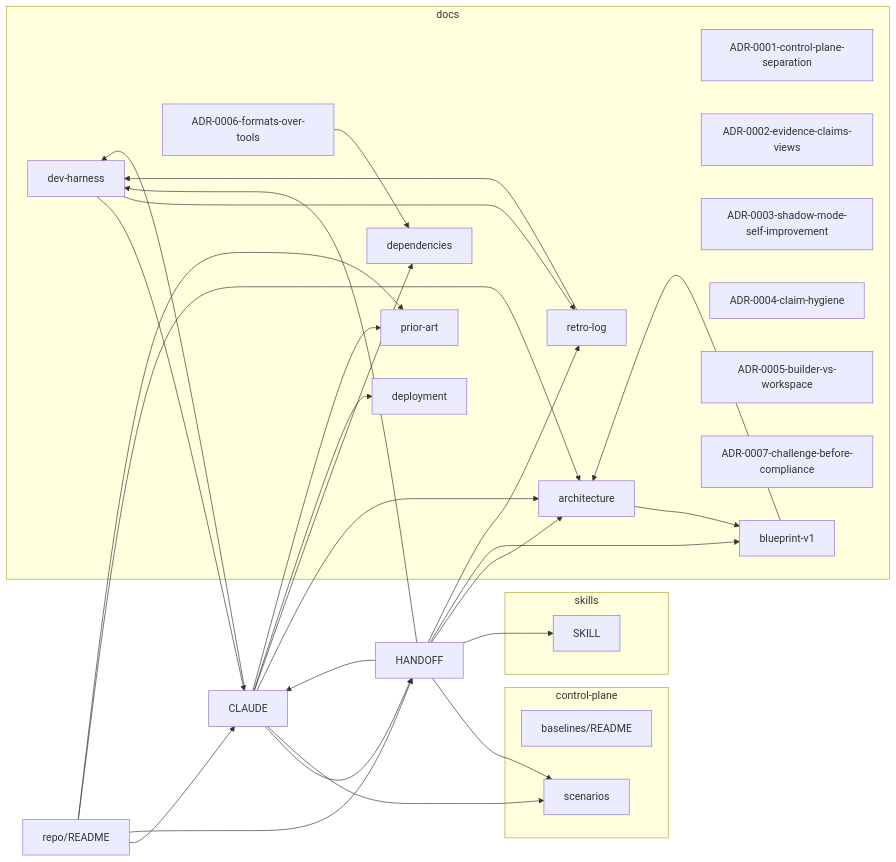
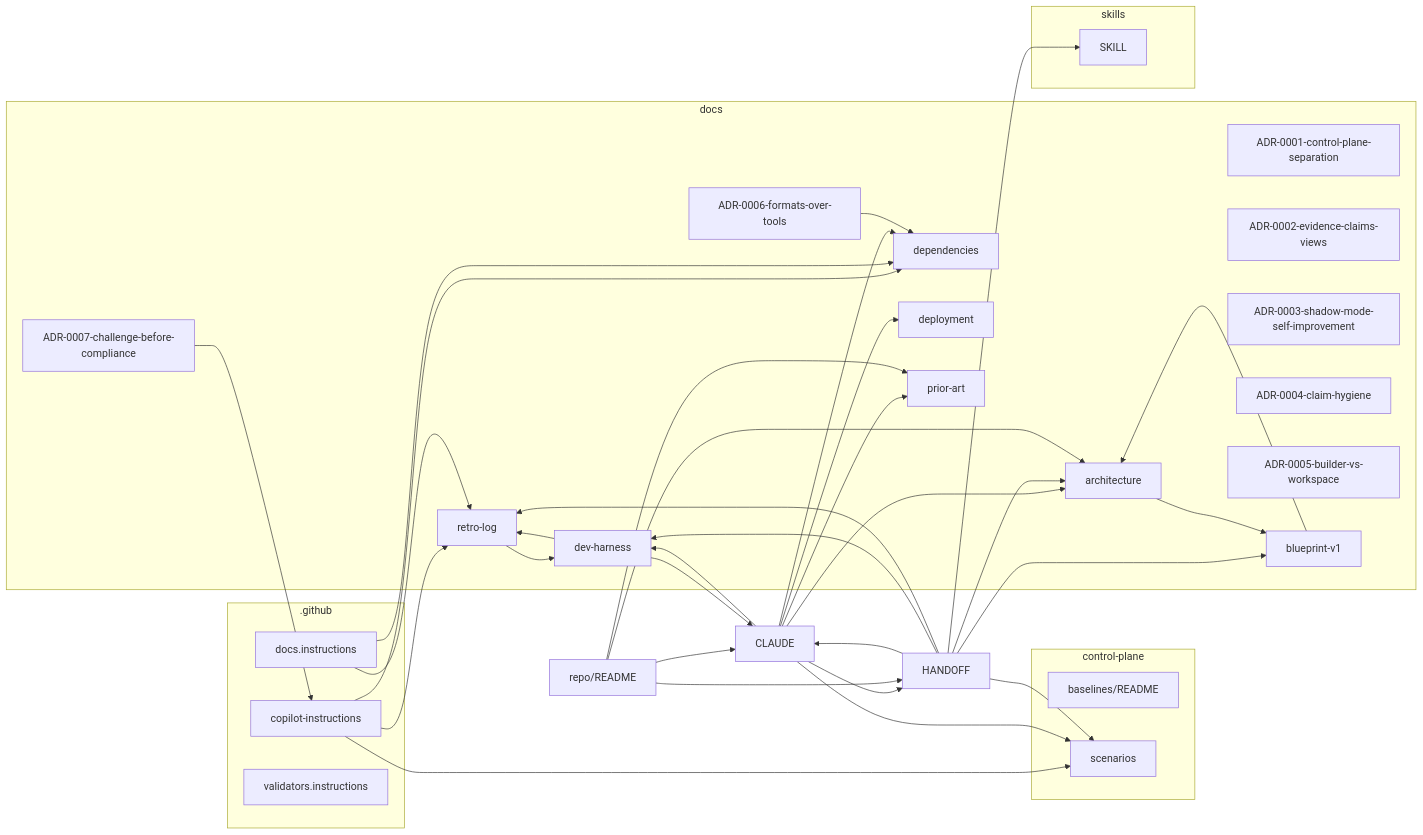
The diagram in docs/mindmap.md (boulaajaj/ai-mise), drawn with Mermaid before and after one commit. The commit also changed other lines of this file, not shown here.

Commit message:
Regenerate mindmap (union after main merge)

````diff
--- a/docs/mindmap.md
+++ b/docs/mindmap.md
@@ -7,53 +7,64 @@
 ```mermaid
 graph LR
+  subgraph _github_g[.github]
+    _github_copilot_instructions_md["copilot-instructions"]
+    _github_instructions_docs_instructions_md["docs.instructions"]
+    _github_instructions_validators_instructions_md["validators.instructions"]
+  end
   subgraph control_plane_g[control-plane]
     control_plane_evaluation_baselines_README_md["baselines/README"]
     control_plane_threat_tests_scenarios_md["scenarios"]
   end
   subgraph docs_g[docs]
     docs_architecture_md["architecture"]
     docs_decisions_ADR_0001_control_plane_separation_md["ADR-0001-control-plane-separation"]
     docs_decisions_ADR_0002_evidence_claims_views_md["ADR-0002-evidence-claims-views"]
     docs_decisions_ADR_0003_shadow_mode_self_improvement_md["ADR-0003-shadow-mode-self-improvement"]
     docs_decisions_ADR_0004_claim_hygiene_md["ADR-0004-claim-hygiene"]
     docs_decisions_ADR_0005_builder_vs_workspace_md["ADR-0005-builder-vs-workspace"]
     docs_decisions_ADR_0006_formats_over_tools_md["ADR-0006-formats-over-tools"]
     docs_decisions_ADR_0007_challenge_before_compliance_md["ADR-0007-challenge-before-compliance"]
     docs_dependencies_md["dependencies"]
     docs_deployment_md["deployment"]
     docs_history_blueprint_v1_md["blueprint-v1"]
     docs_meta_dev_harness_md["dev-harness"]
     docs_meta_retro_log_md["retro-log"]
     docs_prior_art_md["prior-art"]
   end
   CLAUDE_md["CLAUDE"]
   HANDOFF_md["HANDOFF"]
   README_md["repo/README"]
   subgraph skills_g[skills]
     skills_inspector_SKILL_md["SKILL"]
   end
+  _github_copilot_instructions_md --> control_plane_threat_tests_scenarios_md
+  _github_copilot_instructions_md --> docs_dependencies_md
+  _github_copilot_instructions_md --> docs_meta_retro_log_md
+  _github_instructions_docs_instructions_md --> docs_dependencies_md
+  _github_instructions_docs_instructions_md --> docs_meta_retro_log_md
   CLAUDE_md --> HANDOFF_md
   CLAUDE_md --> control_plane_threat_tests_scenarios_md
   CLAUDE_md --> docs_architecture_md
   CLAUDE_md --> docs_dependencies_md
   CLAUDE_md --> docs_deployment_md
   CLAUDE_md --> docs_meta_dev_harness_md
   CLAUDE_md --> docs_prior_art_md
   HANDOFF_md --> CLAUDE_md
   HANDOFF_md --> control_plane_threat_tests_scenarios_md
   HANDOFF_md --> docs_architecture_md
   HANDOFF_md --> docs_history_blueprint_v1_md
   HANDOFF_md --> docs_meta_dev_harness_md
   HANDOFF_md --> docs_meta_retro_log_md
   HANDOFF_md --> skills_inspector_SKILL_md
   README_md --> CLAUDE_md
   README_md --> HANDOFF_md
   README_md --> docs_architecture_md
   README_md --> docs_prior_art_md
   docs_architecture_md --> docs_history_blueprint_v1_md
   docs_decisions_ADR_0006_formats_over_tools_md --> docs_dependencies_md
+  docs_decisions_ADR_0007_challenge_before_compliance_md --> _github_copilot_instructions_md
   docs_history_blueprint_v1_md --> docs_architecture_md
   docs_meta_dev_harness_md --> CLAUDE_md
   docs_meta_dev_harness_md --> docs_meta_retro_log_md
   docs_meta_retro_log_md --> docs_meta_dev_harness_md
 ```
````
